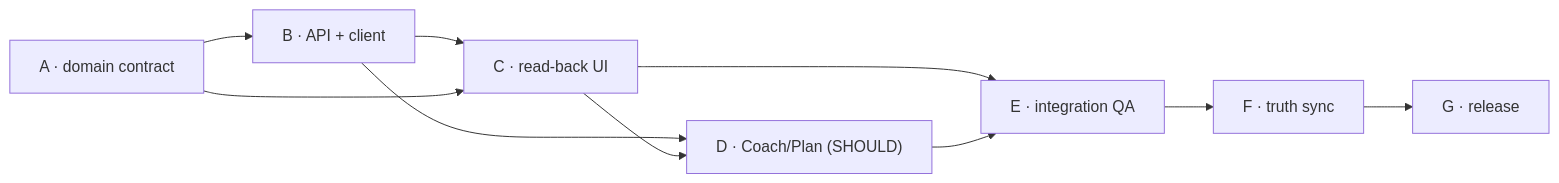
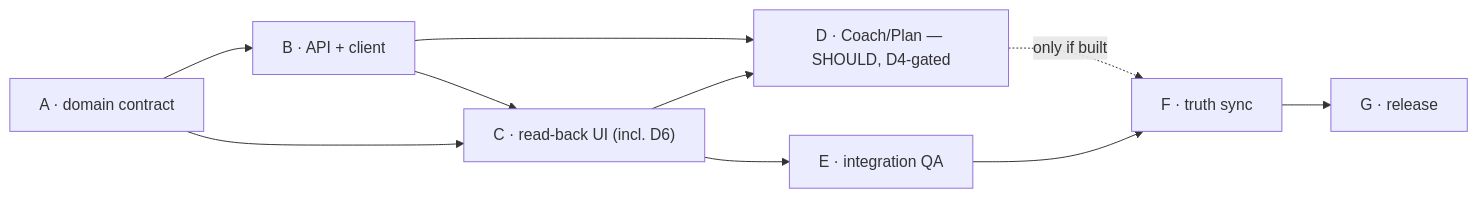
One commit to EstebanIndiveri/atlas-fitness changed the second of 2 diagrams in docs/superpowers/specs/2026-09-27-v0.9.0-habits-adherence-brief.md. Above: the diagram before and after it, drawn with Mermaid. The commit also changed other lines of this file, not shown here.

````diff
--- a/docs/superpowers/specs/2026-09-27-v0.9.0-habits-adherence-brief.md
+++ b/docs/superpowers/specs/2026-09-27-v0.9.0-habits-adherence-brief.md
@@ -642,12 +707,12 @@
 ```mermaid
 graph LR
   A["A · domain contract"] --> B["B · API + client"]
-  B --> C["C · read-back UI"]
+  B --> C["C · read-back UI (incl. D6)"]
   A --> C
-  B --> D["D · Coach/Plan (SHOULD)"]
+  B --> D["D · Coach/Plan — SHOULD, D4-gated"]
   C --> D
   C --> E["E · integration QA"]
-  D --> E
+  D -.->|only if built| F
   E --> F["F · truth sync"]
   F --> G["G · release"]
 ```
````
